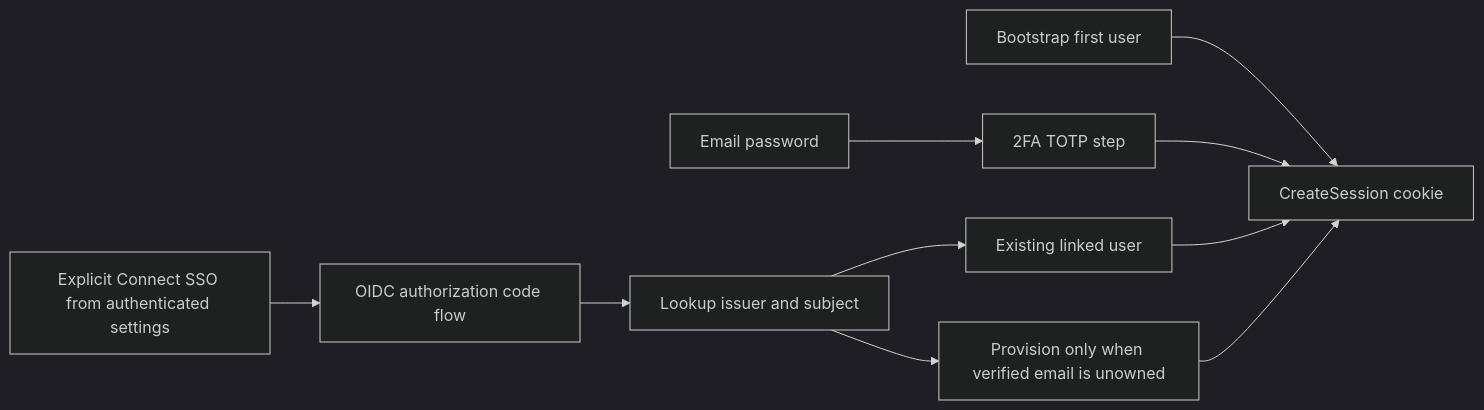
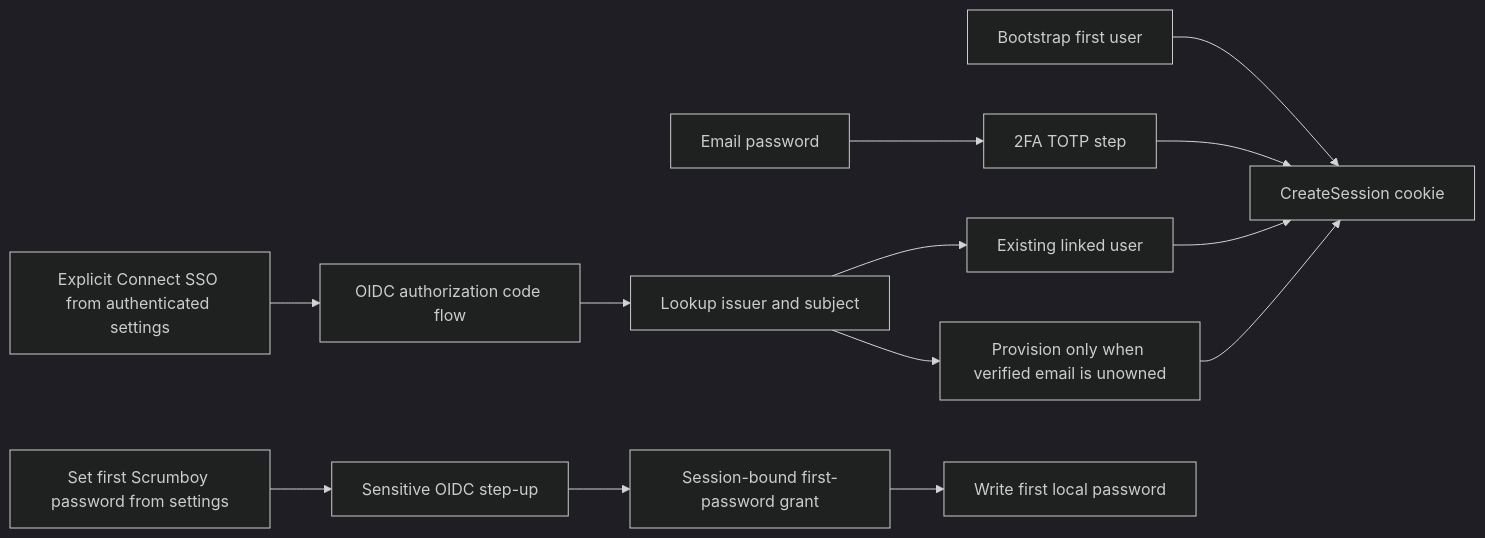
The second of 2 diagrams in docs/diagrams/scrumboy_auth_permissions.md (bhardwajRahul/scrumboy), drawn with Mermaid (dark theme) before and after one commit. The commit also changed 3 other files, not shown here.

````diff
--- a/docs/diagrams/scrumboy_auth_permissions.md
+++ b/docs/diagrams/scrumboy_auth_permissions.md
@@ -23,21 +23,28 @@
 ```mermaid
 flowchart LR
   Local[Email password]
   TOTP[2FA TOTP step]
   OIDCFlow[OIDC authorization code flow]
   Bootstrap[Bootstrap first user]
   Identity[Lookup issuer and subject]
   Existing[Existing linked user]
   Provision[Provision only when verified email is unowned]
   Connect[Explicit Connect SSO from authenticated settings]
+  SetPassword[Set first Scrumboy password from settings]
+  StepUp[Sensitive OIDC step-up]
+  Grant[Session-bound first-password grant]
+  LocalPW[Write first local password]
 
   Local --> TOTP
   OIDCFlow --> Identity
   Identity --> Existing
   Identity --> Provision
   Connect --> OIDCFlow
+  SetPassword --> StepUp
+  StepUp --> Grant
+  Grant --> LocalPW
   Bootstrap --> Session[CreateSession cookie]
   TOTP --> Session
   Existing --> Session
   Provision --> Session
 ```
````
